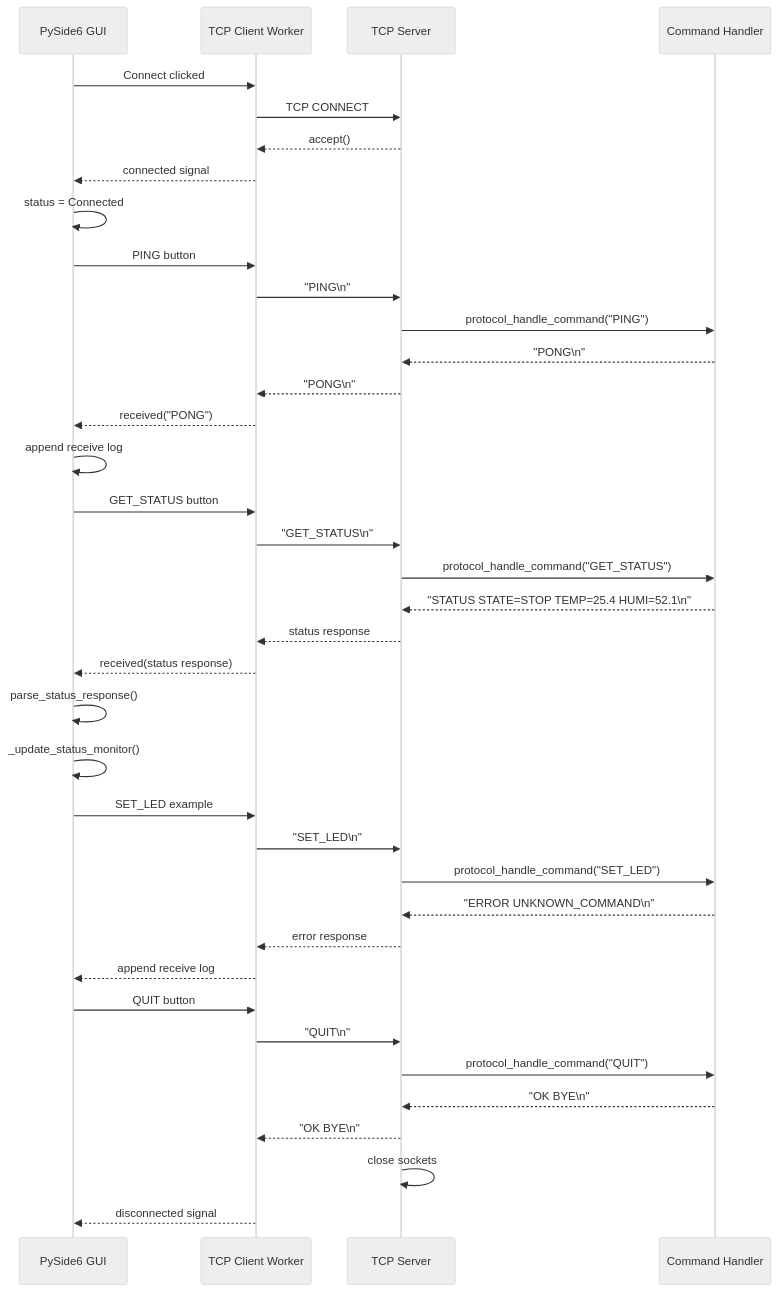
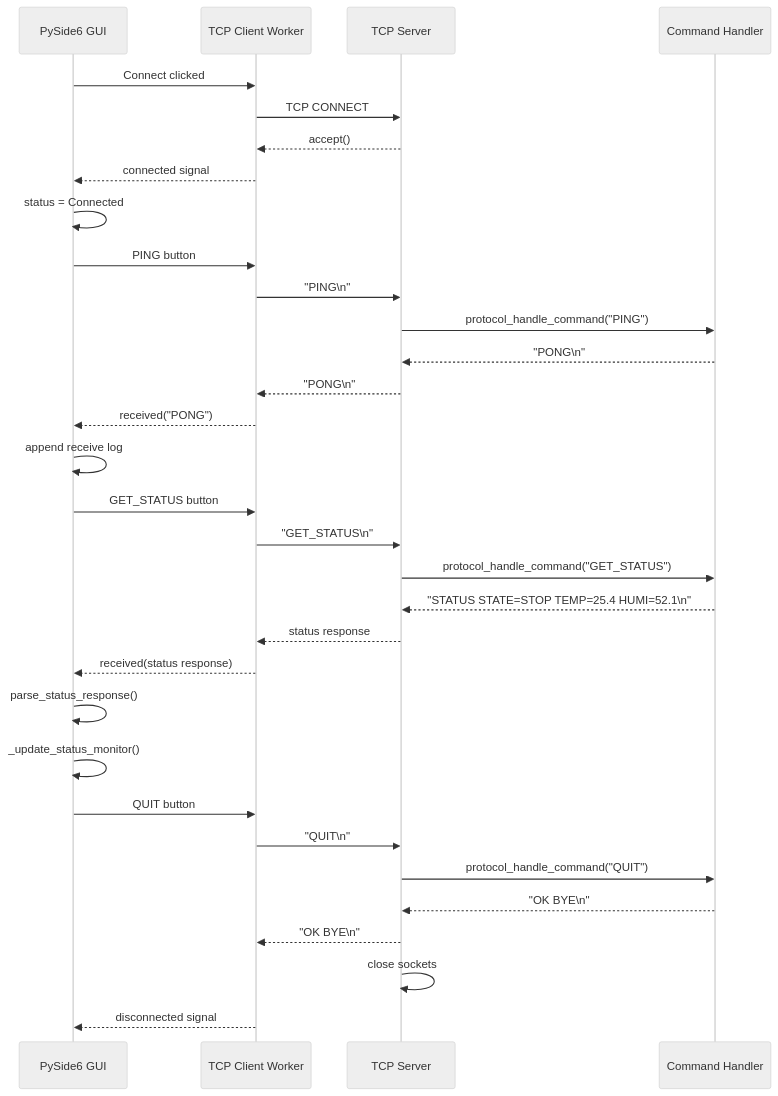
One commit to u27947ffd7j678Organization/tcp-socket-control-system changed the second of 4 diagrams in README.md. Above: the diagram before and after it, drawn with Mermaid (neutral theme). The commit also changed other lines of this file and 8 other files, not shown here.

````diff
--- a/README.md
+++ b/README.md
@@ -90,45 +102,38 @@
 ```mermaid
 sequenceDiagram
     participant GUI as PySide6 GUI
     participant Client as TCP Client Worker
     participant Server as TCP Server
     participant Handler as Command Handler
 
     GUI->>Client: Connect clicked
     Client->>Server: TCP CONNECT
     Server-->>Client: accept()
     Client-->>GUI: connected signal
     GUI->>GUI: status = Connected
 
     GUI->>Client: PING button
     Client->>Server: "PING\n"
     Server->>Handler: protocol_handle_command("PING")
     Handler-->>Server: "PONG\n"
     Server-->>Client: "PONG\n"
     Client-->>GUI: received("PONG")
     GUI->>GUI: append receive log
 
     GUI->>Client: GET_STATUS button
     Client->>Server: "GET_STATUS\n"
     Server->>Handler: protocol_handle_command("GET_STATUS")
     Handler-->>Server: "STATUS STATE=STOP TEMP=25.4 HUMI=52.1\n"
     Server-->>Client: status response
     Client-->>GUI: received(status response)
     GUI->>GUI: parse_status_response()
     GUI->>GUI: _update_status_monitor()
 
-    GUI->>Client: SET_LED example
-    Client->>Server: "SET_LED\n"
-    Server->>Handler: protocol_handle_command("SET_LED")
-    Handler-->>Server: "ERROR UNKNOWN_COMMAND\n"
-    Server-->>Client: error response
-    Client-->>GUI: append receive log
-
     GUI->>Client: QUIT button
     Client->>Server: "QUIT\n"
     Server->>Handler: protocol_handle_command("QUIT")
     Handler-->>Server: "OK BYE\n"
     Server-->>Client: "OK BYE\n"
     Server->>Server: close sockets
     Client-->>GUI: disconnected signal
 ```
````
